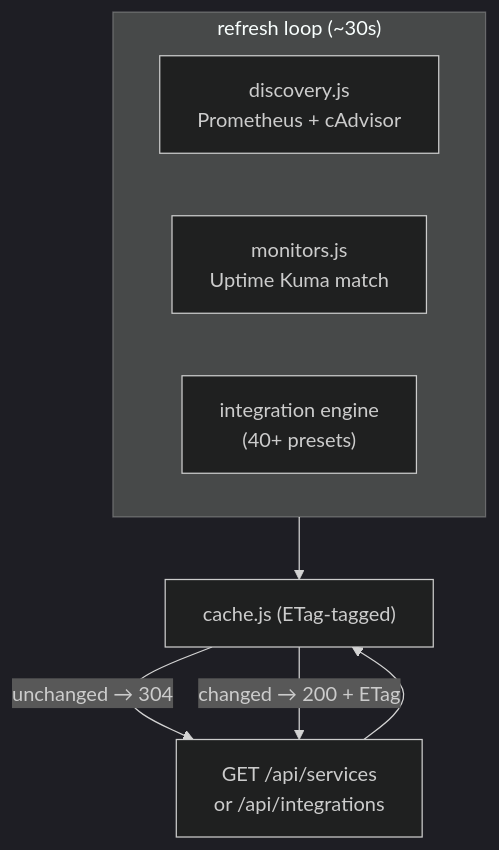
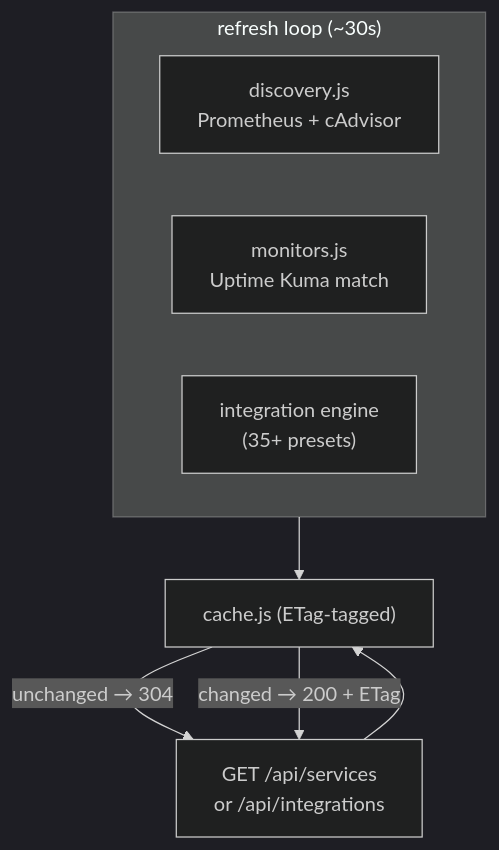
One commit to jagbhandal/jaghelm changed the second of 5 diagrams in docs/ARCHITECTURE.md. Above: the diagram before and after it, drawn with Mermaid (dark theme). The commit also changed other lines of this file and 7 other files, not shown here.

````diff
--- a/docs/ARCHITECTURE.md
+++ b/docs/ARCHITECTURE.md
@@ -155,12 +155,12 @@
 ```mermaid
 flowchart TD
   subgraph Loop["refresh loop (~30s)"]
     D["discovery.js<br/>Prometheus + cAdvisor"]
     M["monitors.js<br/>Uptime Kuma match"]
-    IE["integration engine<br/>(40+ presets)"]
+    IE["integration engine<br/>(35+ presets)"]
   end
   Loop --> C["cache.js (ETag-tagged)"]
   REQ["GET /api/services<br/>or /api/integrations"] --> C
   C -->|"unchanged → 304"| REQ
   C -->|"changed → 200 + ETag"| REQ
 ```
````
